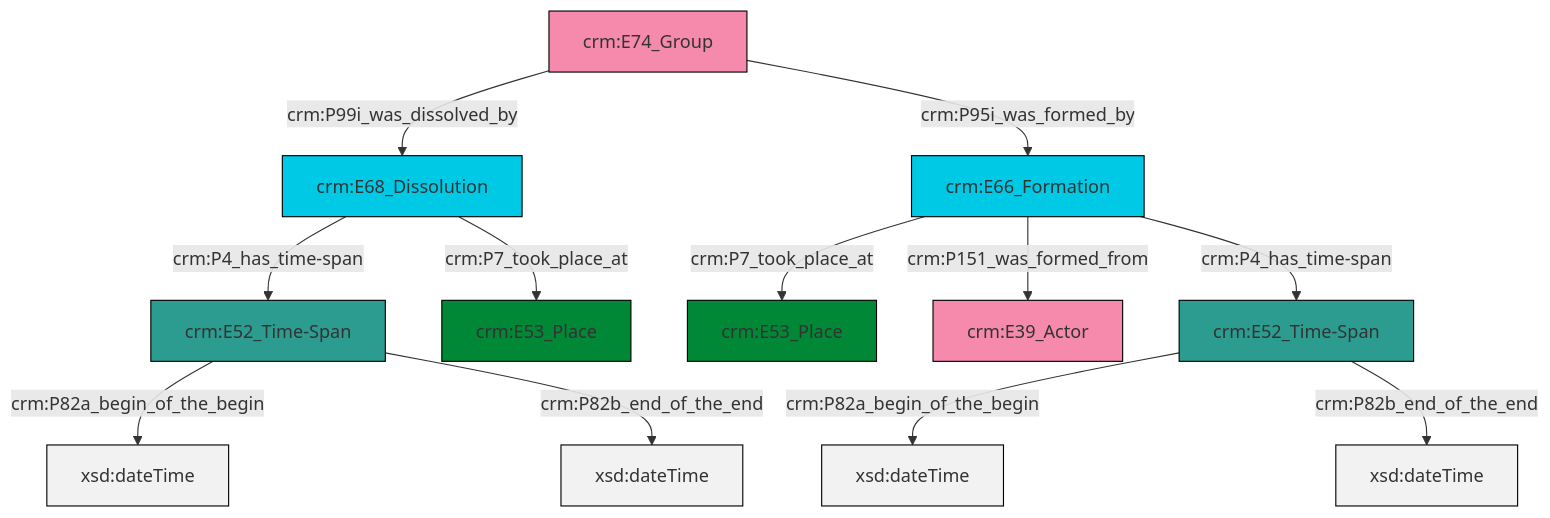
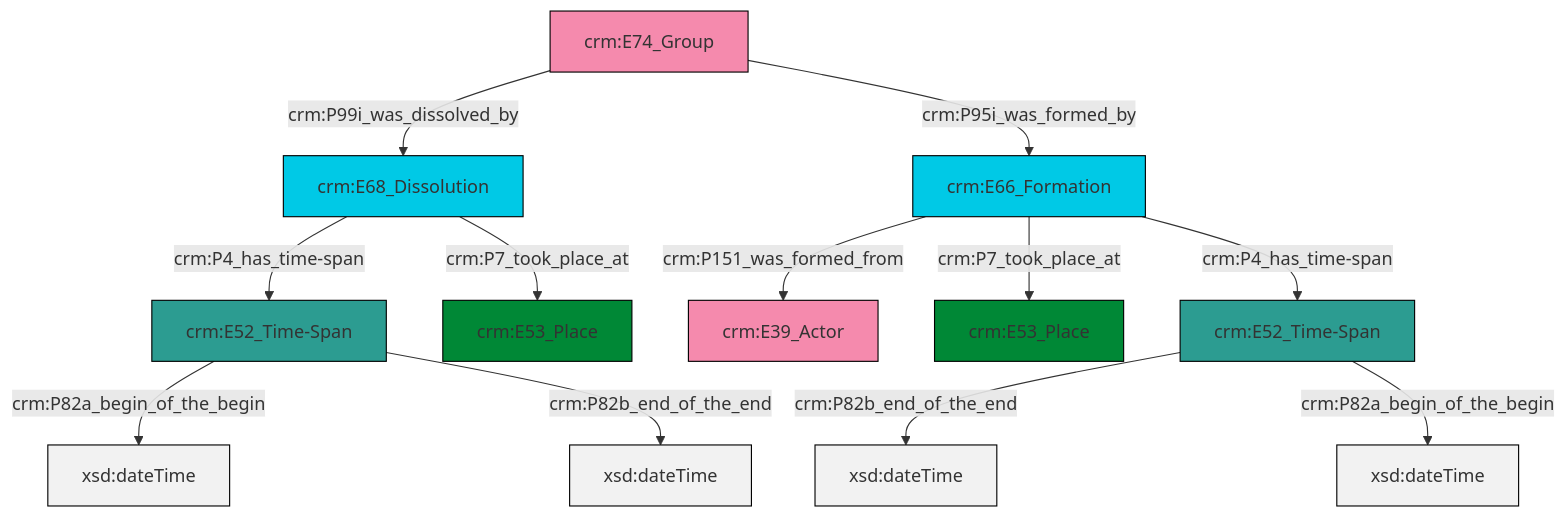
The diagram in et/groupCSV/ttl/mmd/group_existence.ttl.mmd (swiss-art-research-net/reference-data-models), drawn with Mermaid before and after one commit. The commit also changed 122 other files, not shown here.

```diff
--- a/et/groupCSV/ttl/mmd/group_existence.ttl.mmd
+++ b/et/groupCSV/ttl/mmd/group_existence.ttl.mmd
@@ -1,26 +1,26 @@
 graph TD
 classDef Literal fill:#f2f2f2,stroke:#000000;
 classDef CRM_Entity fill:#FFFFFF,stroke:#000000;
 classDef Temporal_Entity fill:#00C9E6, stroke:#000000;
 classDef Type fill:#E18312, stroke:#000000;
 classDef Time-Span fill:#2C9C91, stroke:#000000;
 classDef Appellation fill:#FFEB7F, stroke:#000000;
 classDef Place fill:#008836, stroke:#000000;
 classDef Persistent_Item fill:#B266B2, stroke:#000000;
 classDef Conceptual_Object fill:#FFD700, stroke:#000000;
 classDef Physical_Thing fill:#D2B48C, stroke:#000000;
 classDef Actor fill:#f58aad, stroke:#000000;
 classDef PC_Classes fill:#4ce600, stroke:#000000;
 classDef Multi fill:#cccccc,stroke:#000000;
 
-2["crm:E66_Formation"]:::Temporal_Entity -->|crm:P7_took_place_at| 3["crm:E53_Place"]:::Place
-4["crm:E52_Time-Span"]:::Time-Span -->|crm:P82a_begin_of_the_begin| 5[xsd:dateTime]:::Literal
-2["crm:E66_Formation"]:::Temporal_Entity -->|crm:P151_was_formed_from| 6["crm:E39_Actor"]:::Actor
-2["crm:E66_Formation"]:::Temporal_Entity -->|crm:P4_has_time-span| 4["crm:E52_Time-Span"]:::Time-Span
-7["crm:E52_Time-Span"]:::Time-Span -->|crm:P82a_begin_of_the_begin| 8[xsd:dateTime]:::Literal
-9["crm:E68_Dissolution"]:::Temporal_Entity -->|crm:P4_has_time-span| 7["crm:E52_Time-Span"]:::Time-Span
-9["crm:E68_Dissolution"]:::Temporal_Entity -->|crm:P7_took_place_at| 0["crm:E53_Place"]:::Place
-7["crm:E52_Time-Span"]:::Time-Span -->|crm:P82b_end_of_the_end| 10[xsd:dateTime]:::Literal
-11["crm:E74_Group"]:::Actor -->|crm:P99i_was_dissolved_by| 9["crm:E68_Dissolution"]:::Temporal_Entity
-11["crm:E74_Group"]:::Actor -->|crm:P95i_was_formed_by| 2["crm:E66_Formation"]:::Temporal_Entity
-4["crm:E52_Time-Span"]:::Time-Span -->|crm:P82b_end_of_the_end| 19[xsd:dateTime]:::Literal
+0["crm:E66_Formation"]:::Temporal_Entity -->|crm:P151_was_formed_from| 1["crm:E39_Actor"]:::Actor
+2["crm:E68_Dissolution"]:::Temporal_Entity -->|crm:P4_has_time-span| 6["crm:E52_Time-Span"]:::Time-Span
+2["crm:E68_Dissolution"]:::Temporal_Entity -->|crm:P7_took_place_at| 4["crm:E53_Place"]:::Place
+7["crm:E52_Time-Span"]:::Time-Span -->|crm:P82b_end_of_the_end| 8[xsd:dateTime]:::Literal
+6["crm:E52_Time-Span"]:::Time-Span -->|crm:P82a_begin_of_the_begin| 10[xsd:dateTime]:::Literal
+13["crm:E74_Group"]:::Actor -->|crm:P99i_was_dissolved_by| 2["crm:E68_Dissolution"]:::Temporal_Entity
+7["crm:E52_Time-Span"]:::Time-Span -->|crm:P82a_begin_of_the_begin| 14[xsd:dateTime]:::Literal
+0["crm:E66_Formation"]:::Temporal_Entity -->|crm:P7_took_place_at| 15["crm:E53_Place"]:::Place
+6["crm:E52_Time-Span"]:::Time-Span -->|crm:P82b_end_of_the_end| 17[xsd:dateTime]:::Literal
+13["crm:E74_Group"]:::Actor -->|crm:P95i_was_formed_by| 0["crm:E66_Formation"]:::Temporal_Entity
+0["crm:E66_Formation"]:::Temporal_Entity -->|crm:P4_has_time-span| 7["crm:E52_Time-Span"]:::Time-Span
```
